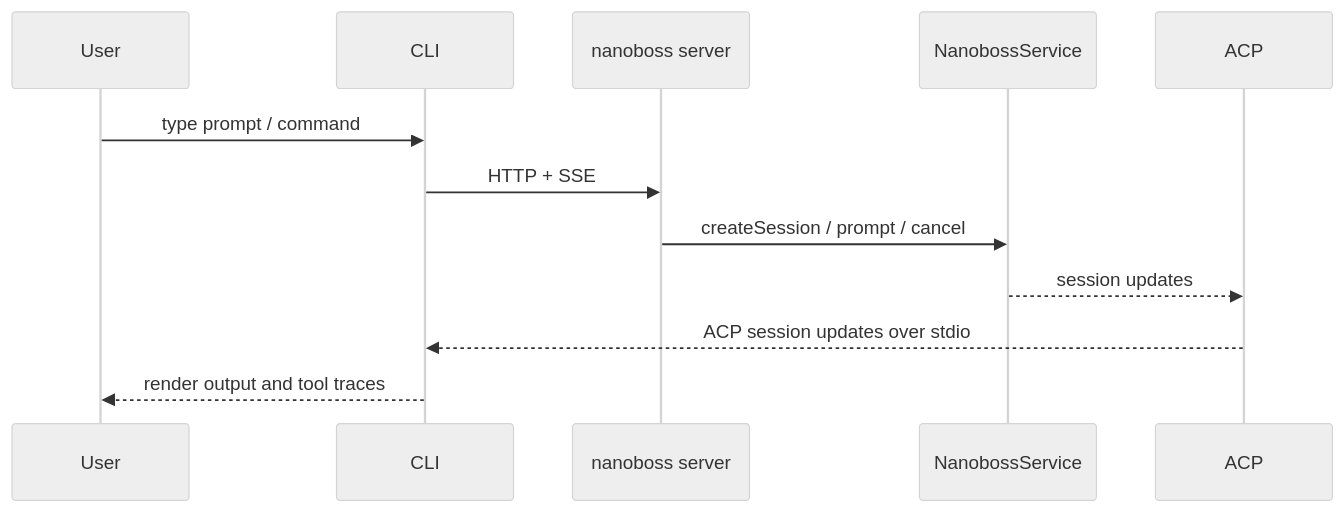
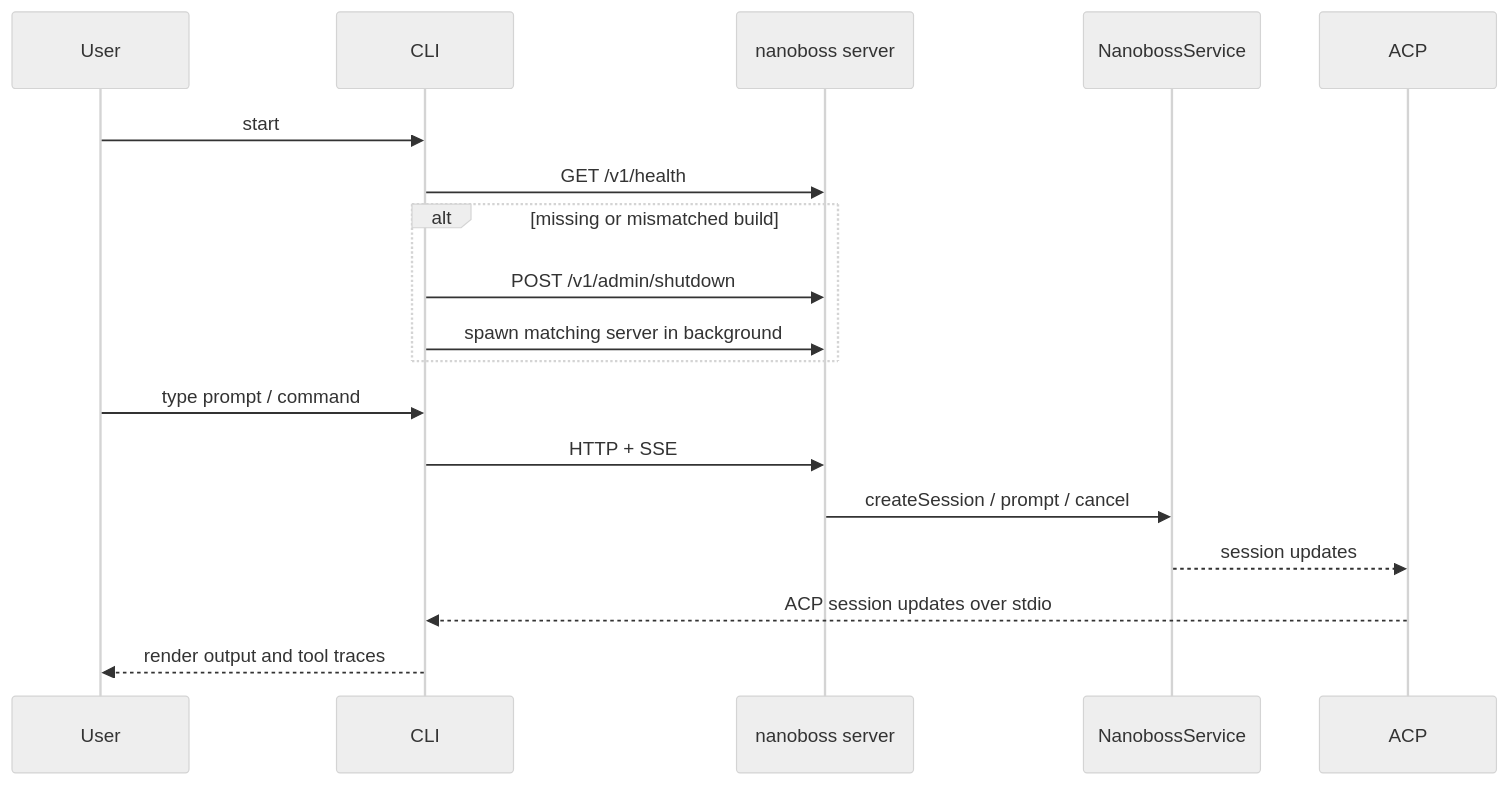
The second of 5 diagrams in docs/architecture.md (jflam/nanoboss), drawn with Mermaid (neutral theme) before and after one commit. The commit also changed other lines of this file and 6 other files, not shown here.

Commit message:
Auto-restart local server for matching CLI build

````diff
--- a/docs/architecture.md
+++ b/docs/architecture.md
@@ -85,14 +88,20 @@
 ```mermaid
 sequenceDiagram
   participant User
   participant CLI as CLI
   participant Server as nanoboss server
   participant Service as NanobossService
 
+  User->>CLI: start
+  CLI->>Server: GET /v1/health
+  alt missing or mismatched build
+    CLI->>Server: POST /v1/admin/shutdown
+    CLI->>Server: spawn matching server in background
+  end
   User->>CLI: type prompt / command
   CLI->>Server: HTTP + SSE
   Server->>Service: createSession / prompt / cancel
   Service-->>ACP: session updates
   ACP-->>CLI: ACP session updates over stdio
   CLI-->>User: render output and tool traces
 ```
````
